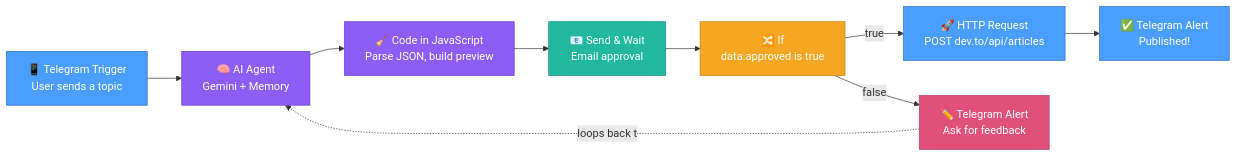
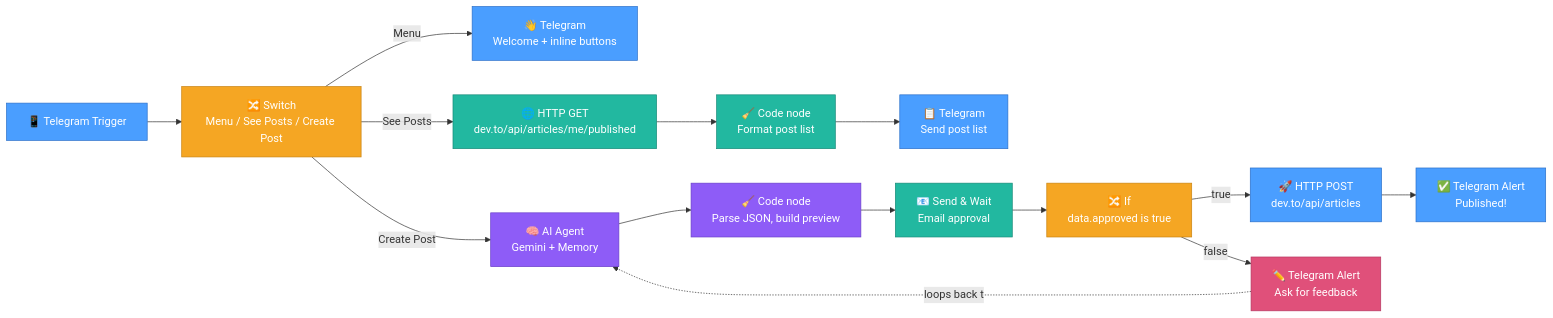
The diagram in README.md (Naveen-Raj6/dev.to-blog-agent-), drawn with Mermaid before and after one commit. The commit also changed other lines of this file, not shown here.

First line of the commit message:
added menu , see posts, create post options

````diff
--- a/README.md
+++ b/README.md
@@ -35,20 +43,30 @@
 ```mermaid
 flowchart LR
-    A["📱 Telegram Trigger<br/>User sends a topic"] --> B["🧠 AI Agent<br/>Gemini + Memory"]
-    B --> C["🧹 Code in JavaScript<br/>Parse JSON, build preview"]
+    A["📱 Telegram Trigger"] --> S["🔀 Switch<br/>Menu / See Posts / Create Post"]
+    S -->|Menu| M["👋 Telegram<br/>Welcome + inline buttons"]
+    S -->|See Posts| P1["🌐 HTTP GET<br/>dev.to/api/articles/me/published"]
+    P1 --> P2["🧹 Code node<br/>Format post list"]
+    P2 --> P3["📋 Telegram<br/>Send post list"]
+    S -->|Create Post| B["🧠 AI Agent<br/>Gemini + Memory"]
+    B --> C["🧹 Code node<br/>Parse JSON, build preview"]
     C --> D["📧 Send & Wait<br/>Email approval"]
     D --> E["🔀 If<br/>data.approved is true"]
-    E -->|true| F["🚀 HTTP Request<br/>POST dev.to/api/articles"]
+    E -->|true| F["🚀 HTTP POST<br/>dev.to/api/articles"]
     E -->|false| G["✏️ Telegram Alert<br/>Ask for feedback"]
     F --> H["✅ Telegram Alert<br/>Published!"]
     G -.loops back to.-> B
 
     style A fill:#4a9eff,stroke:#2b6fc9,color:#fff
+    style S fill:#f5a623,stroke:#c9820f,color:#fff
+    style M fill:#4a9eff,stroke:#2b6fc9,color:#fff
+    style P1 fill:#22b8a0,stroke:#178a78,color:#fff
+    style P2 fill:#22b8a0,stroke:#178a78,color:#fff
+    style P3 fill:#4a9eff,stroke:#2b6fc9,color:#fff
     style B fill:#8e5cf7,stroke:#6a3fc9,color:#fff
     style C fill:#8e5cf7,stroke:#6a3fc9,color:#fff
     style D fill:#22b8a0,stroke:#178a78,color:#fff
     style E fill:#f5a623,stroke:#c9820f,color:#fff
     style F fill:#4a9eff,stroke:#2b6fc9,color:#fff
     style G fill:#e0507a,stroke:#b53661,color:#fff
     style H fill:#4a9eff,stroke:#2b6fc9,color:#fff
 ```
````
